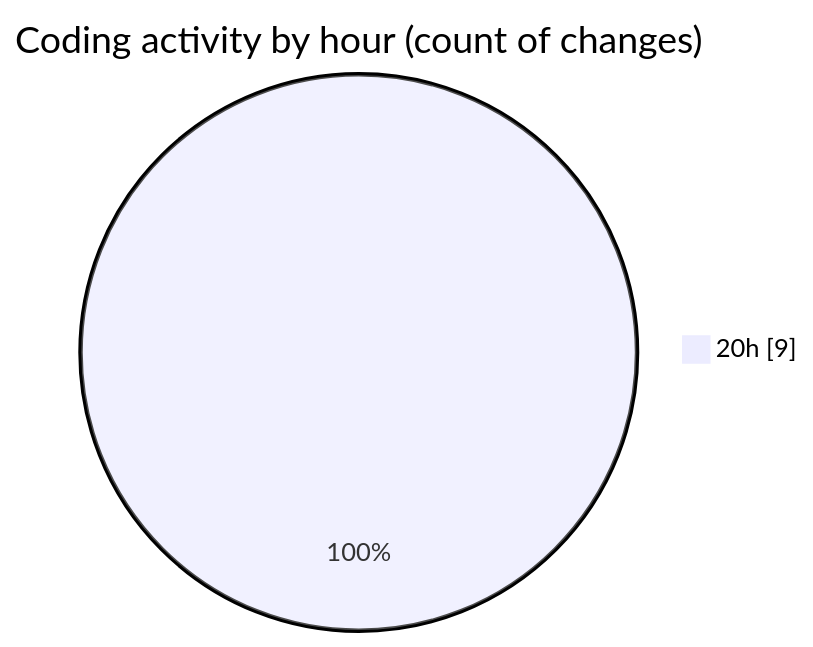
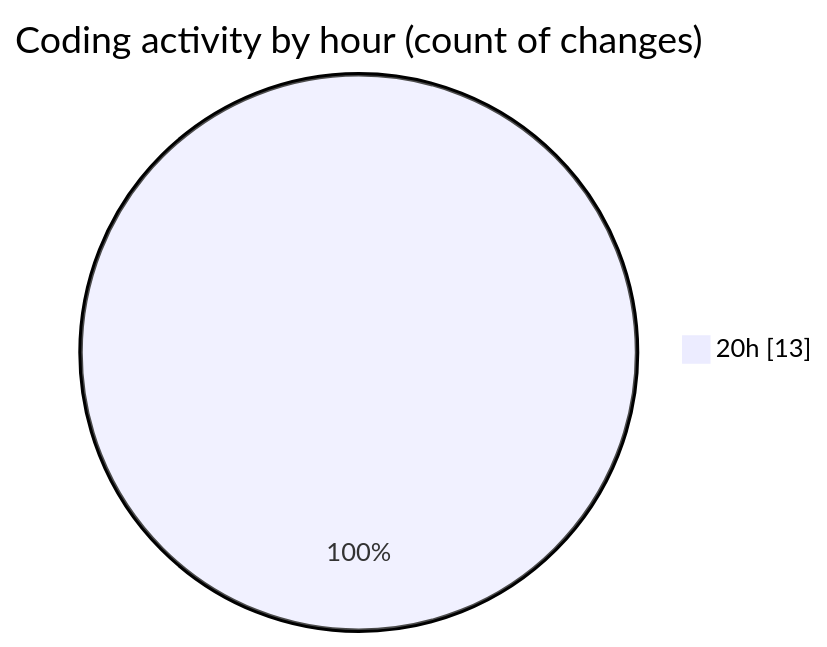
The second of 2 diagrams in 2025-10-15/skintrack/README.md (Netris89/code-tracking), drawn with Mermaid before and after one commit. The commit also changed other lines of this file and 1 other file, not shown here.

````diff
--- a/2025-10-15/skintrack/README.md
+++ b/2025-10-15/skintrack/README.md
@@ -32,5 +32,5 @@
 ```mermaid
 pie showData
 title Coding activity by hour (count of changes)
-"20h" : 9
+"20h" : 13
 ```
````
